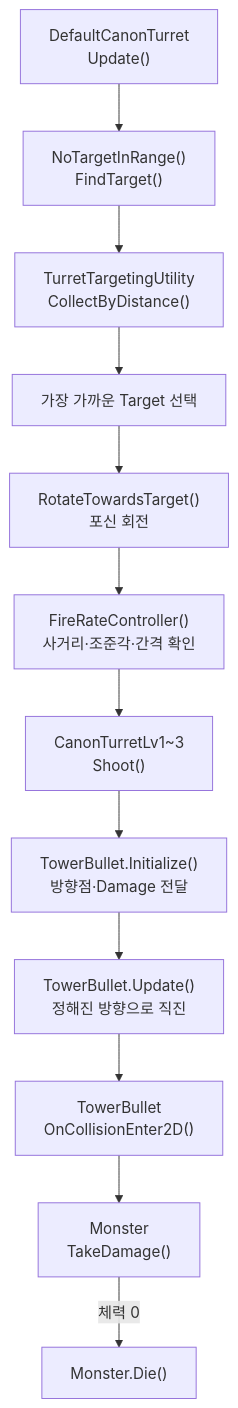
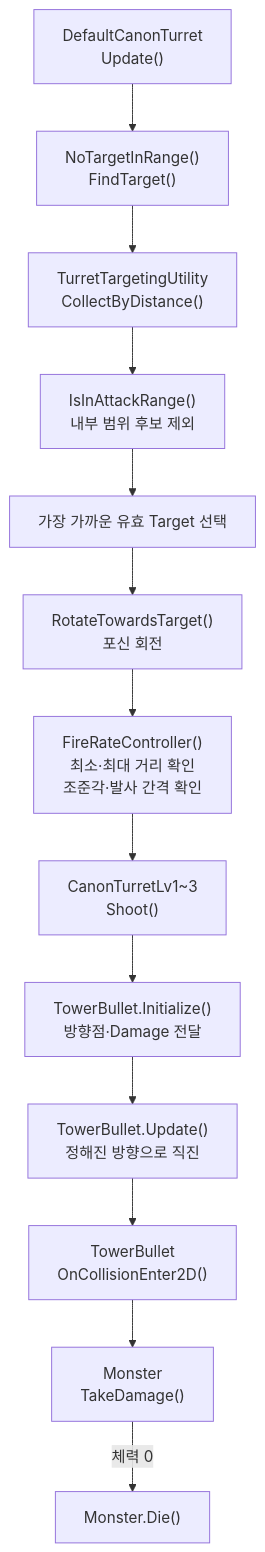
Before and after one commit to Team-HJD-21/unity-6-the-developer: the sixth of 13 diagrams in Docs/architecture/turret-system-guide.md, drawn with Mermaid. The commit also changed other lines of this file, not shown here.

First line of the commit message:
docs(tower): document minimum attack ranges and debug visuals

````diff
--- a/Docs/architecture/turret-system-guide.md
+++ b/Docs/architecture/turret-system-guide.md
@@ -292,14 +309,15 @@
 ```mermaid
 flowchart TD
     Update["DefaultCanonTurret<br>Update()"] --> Search["NoTargetInRange()<br>FindTarget()"]
     Search --> Collect["TurretTargetingUtility<br>CollectByDistance()"]
-    Collect --> Target["가장 가까운 Target 선택"]
+    Collect --> RangeCheck["IsInAttackRange()<br>내부 범위 후보 제외"]
+    RangeCheck --> Target["가장 가까운 유효 Target 선택"]
     Target --> Rotate["RotateTowardsTarget()<br>포신 회전"]
-    Rotate --> Fire["FireRateController()<br>사거리·조준각·간격 확인"]
+    Rotate --> Fire["FireRateController()<br>최소·최대 거리 확인<br>조준각·발사 간격 확인"]
     Fire --> Shoot["CanonTurretLv1~3<br>Shoot()"]
     Shoot --> Init["TowerBullet.Initialize()<br>방향점·Damage 전달"]
     Init --> Move["TowerBullet.Update()<br>정해진 방향으로 직진"]
     Move --> Collision["TowerBullet<br>OnCollisionEnter2D()"]
     Collision --> Damage["Monster<br>TakeDamage()"]
     Damage -->|체력 0| Die["Monster.Die()"]
 ```
````
